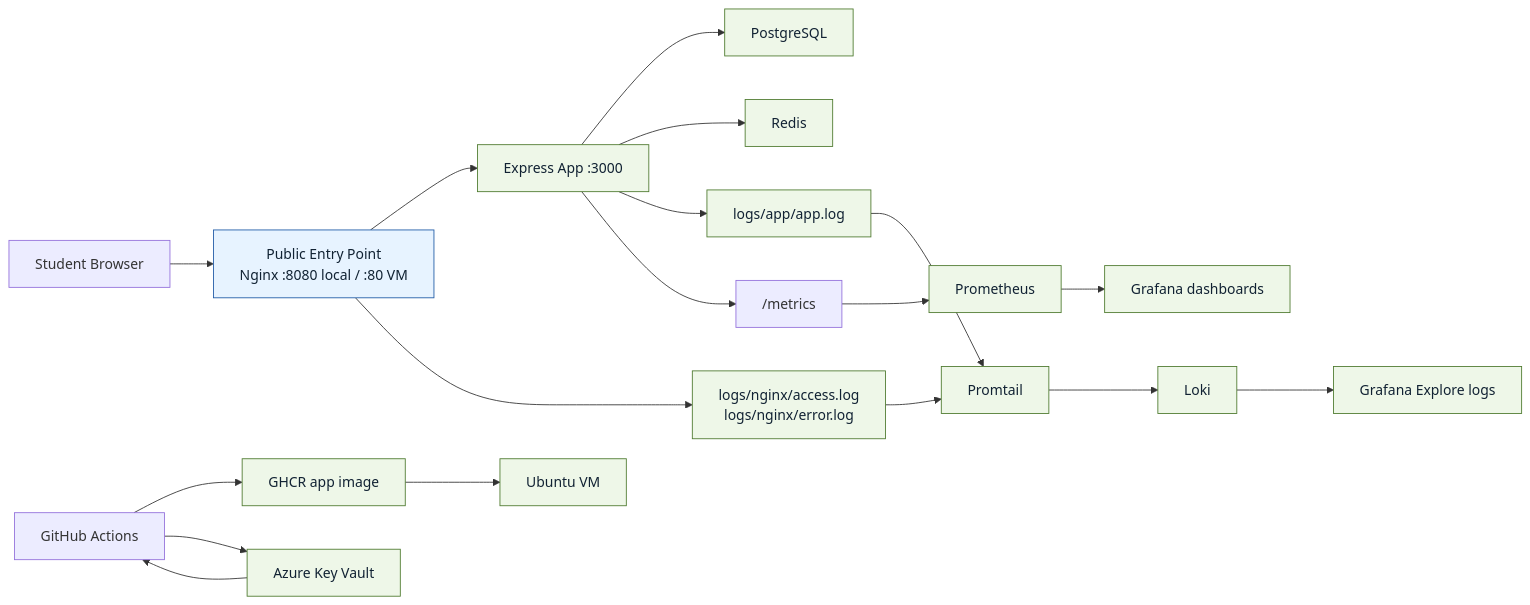
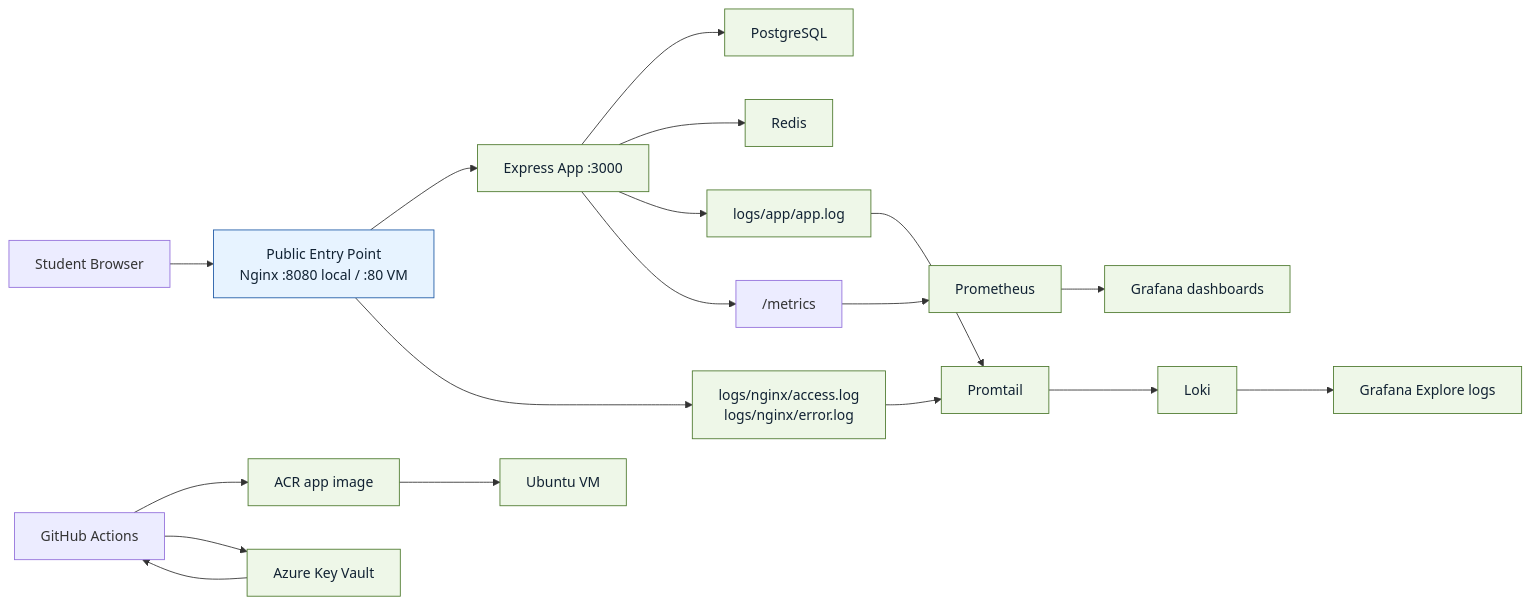
The diagram in README.md (Eng-yasmeen/devops-guided-project), drawn with Mermaid before and after one commit. The commit also changed other lines of this file and 14 other files, not shown here.

Commit message:
Align docs and CI flow around ACR

````diff
--- a/README.md
+++ b/README.md
@@ -30,25 +30,25 @@
 ```mermaid
 flowchart LR
     Browser["Student Browser"] --> Public["Public Entry Point<br/>Nginx :8080 local / :80 VM"]
     Public --> App["Express App :3000"]
     App --> DB["PostgreSQL"]
     App --> Cache["Redis"]
     App --> AppLog["logs/app/app.log"]
     Public --> NginxLog["logs/nginx/access.log<br/>logs/nginx/error.log"]
     App --> Metrics["/metrics"]
     Metrics --> Prometheus["Prometheus"]
     AppLog --> Promtail["Promtail"]
     NginxLog --> Promtail
     Promtail --> Loki["Loki"]
     Prometheus --> Grafana["Grafana dashboards"]
     Loki --> Explore["Grafana Explore logs"]
-    GitHub["GitHub Actions"] --> GHCR["GHCR app image"]
+    GitHub["GitHub Actions"] --> ACR["ACR app image"]
     GitHub --> KeyVault["Azure Key Vault"]
-    GHCR --> VM["Ubuntu VM"]
+    ACR --> VM["Ubuntu VM"]
     KeyVault --> GitHub
 
     classDef public fill:#e7f3ff,stroke:#1f5aa6,color:#123;
     classDef private fill:#eef7e8,stroke:#4e7a2f,color:#123;
     class Public public;
-    class App,DB,Cache,Prometheus,Grafana,Explore,Loki,Promtail,AppLog,NginxLog,VM,KeyVault,GHCR private;
+    class App,DB,Cache,Prometheus,Grafana,Explore,Loki,Promtail,AppLog,NginxLog,VM,KeyVault,ACR private;
 ```
````
